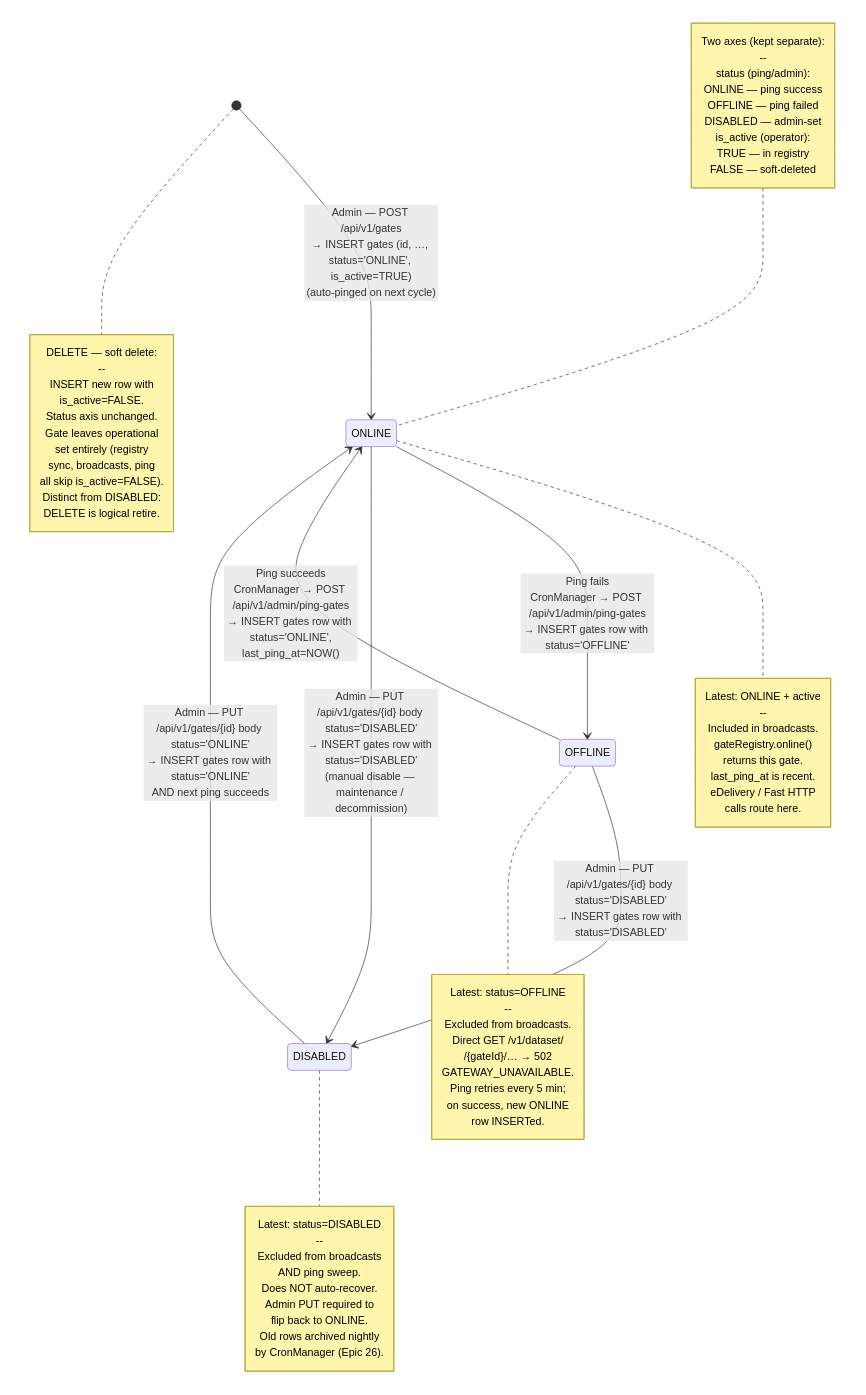
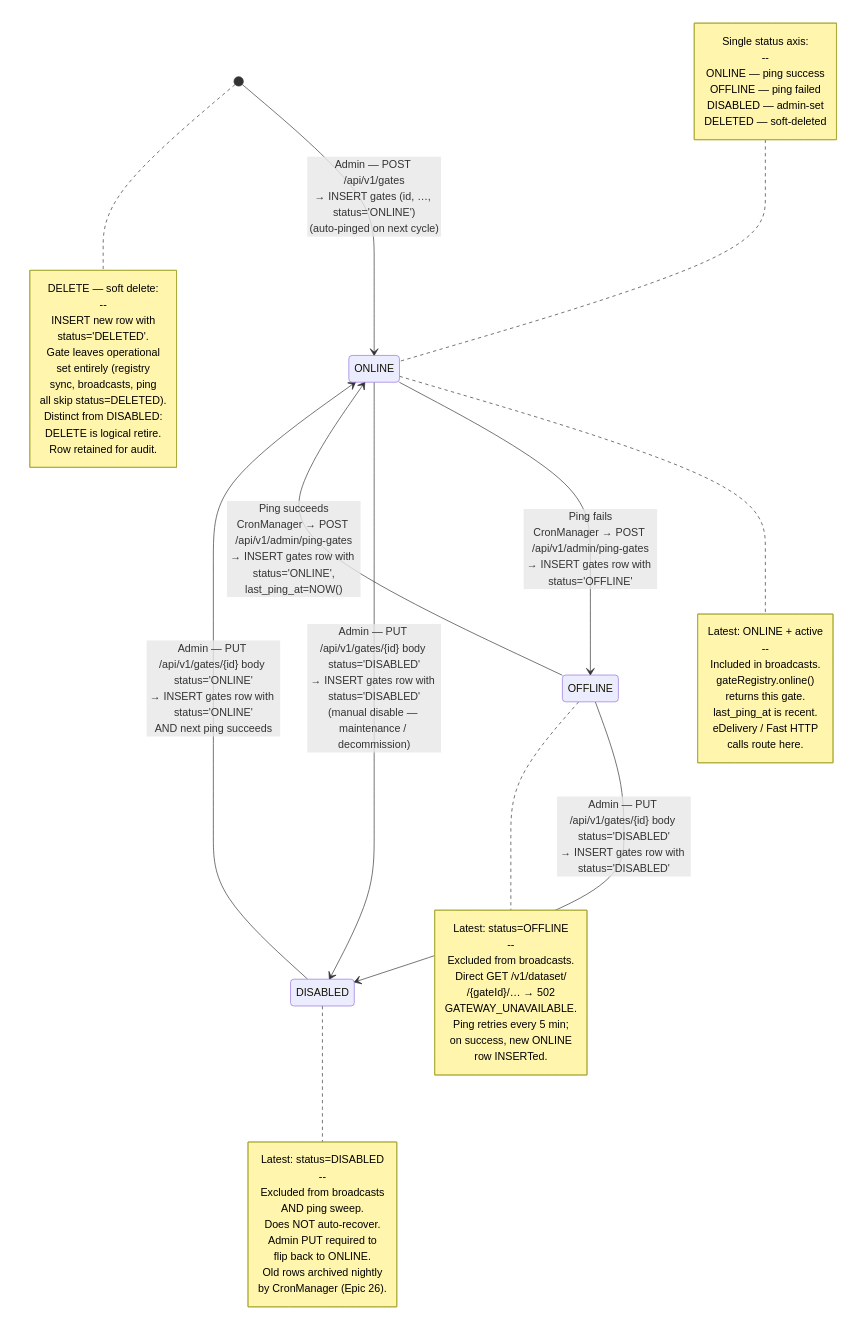
The diagram in docs/specs/diagrams/state-05-gate-health.mmd (kemit-ee/efti-gate-ee), drawn with Mermaid before and after one commit. The commit also changed 26 other files, not shown here.

First line of the commit message:
refactor: is_active → status ENUM (gates, platforms) + bulk Postman tests + ADR-002

```diff
--- a/docs/specs/diagrams/state-05-gate-health.mmd
+++ b/docs/specs/diagrams/state-05-gate-health.mmd
@@ -1,73 +1,70 @@
 stateDiagram-v2
-    [*] --> ONLINE: Admin — POST /api/v1/gates<br/>→ INSERT gates (id, …, status='ONLINE', is_active=TRUE)<br/>(auto-pinged on next cycle)
+    [*] --> ONLINE: Admin — POST /api/v1/gates<br/>→ INSERT gates (id, …, status='ONLINE')<br/>(auto-pinged on next cycle)
 
     ONLINE --> OFFLINE: Ping fails<br/>CronManager → POST /api/v1/admin/ping-gates<br/>→ INSERT gates row with status='OFFLINE'
 
     OFFLINE --> ONLINE: Ping succeeds<br/>CronManager → POST /api/v1/admin/ping-gates<br/>→ INSERT gates row with status='ONLINE',<br/>last_ping_at=NOW()
 
     ONLINE --> DISABLED: Admin — PUT /api/v1/gates/{id} body status='DISABLED'<br/>→ INSERT gates row with status='DISABLED'<br/>(manual disable — maintenance / decommission)
 
     OFFLINE --> DISABLED: Admin — PUT /api/v1/gates/{id} body status='DISABLED'<br/>→ INSERT gates row with status='DISABLED'
 
     DISABLED --> ONLINE: Admin — PUT /api/v1/gates/{id} body status='ONLINE'<br/>→ INSERT gates row with status='ONLINE'<br/>AND next ping succeeds
 
     note left of ONLINE
-        Two axes (kept separate):
+        Single status axis:
         --
-        status (ping/admin):
-          ONLINE — ping success
-          OFFLINE — ping failed
-          DISABLED — admin-set
-        is_active (operator):
-          TRUE — in registry
-          FALSE — soft-deleted
+        ONLINE — ping success
+        OFFLINE — ping failed
+        DISABLED — admin-set
+        DELETED — soft-deleted
     end note
 
     note right of ONLINE
         Latest: ONLINE + active
         --
         Included in broadcasts.
         gateRegistry.online()
         returns this gate.
         last_ping_at is recent.
         eDelivery / Fast HTTP
         calls route here.
     end note
 
     note right of OFFLINE
         Latest: status=OFFLINE
         --
         Excluded from broadcasts.
         Direct GET /v1/dataset/
         /{gateId}/… → 502
         GATEWAY_UNAVAILABLE.
         Ping retries every 5 min;
         on success, new ONLINE
         row INSERTed.
     end note
 
     note right of DISABLED
         Latest: status=DISABLED
         --
         Excluded from broadcasts
         AND ping sweep.
         Does NOT auto-recover.
         Admin PUT required to
         flip back to ONLINE.
         Old rows archived nightly
         by CronManager (Epic 26).
     end note
 
     note right of [*]
         DELETE — soft delete:
         --
         INSERT new row with
-        is_active=FALSE.
-        Status axis unchanged.
+        status='DELETED'.
         Gate leaves operational
         set entirely (registry
         sync, broadcasts, ping
-        all skip is_active=FALSE).
+        all skip status=DELETED).
         Distinct from DISABLED:
         DELETE is logical retire.
+        Row retained for audit.
     end note
```
